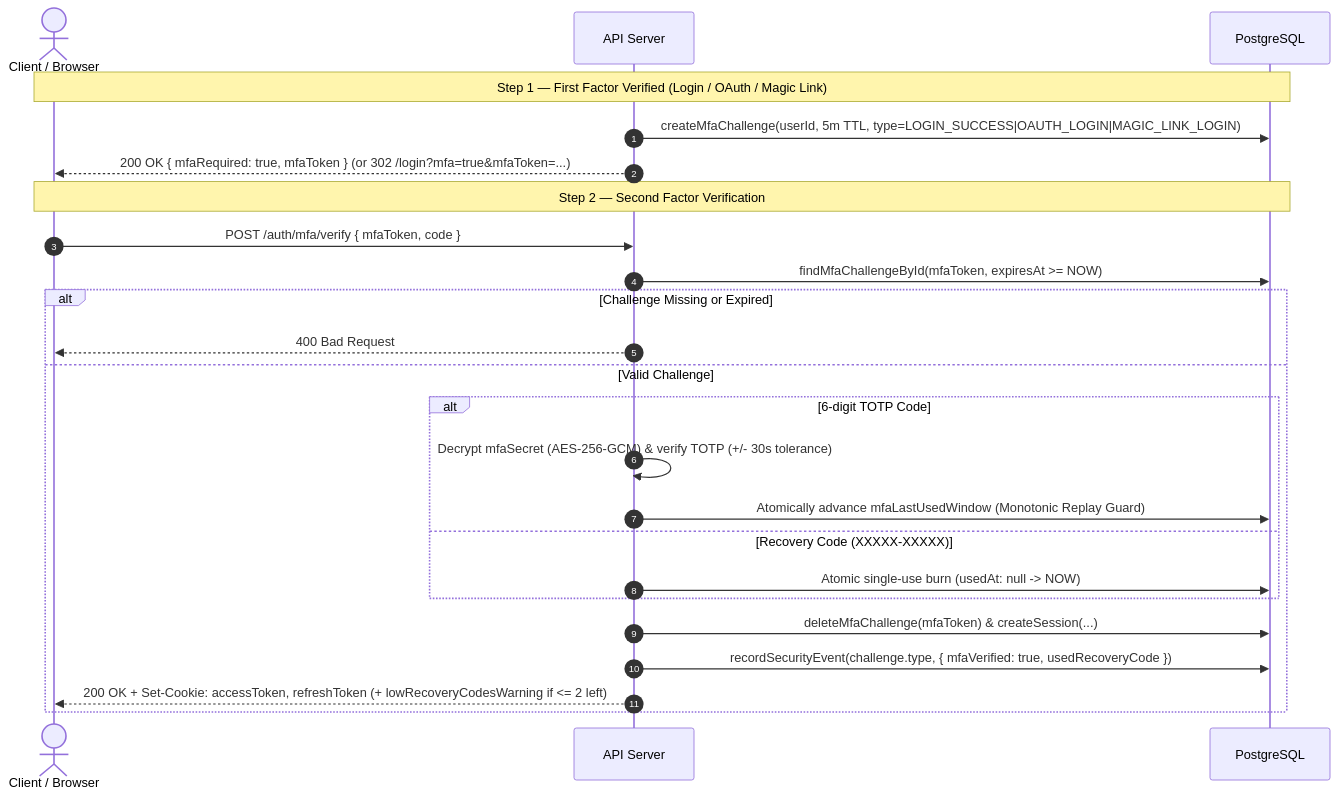
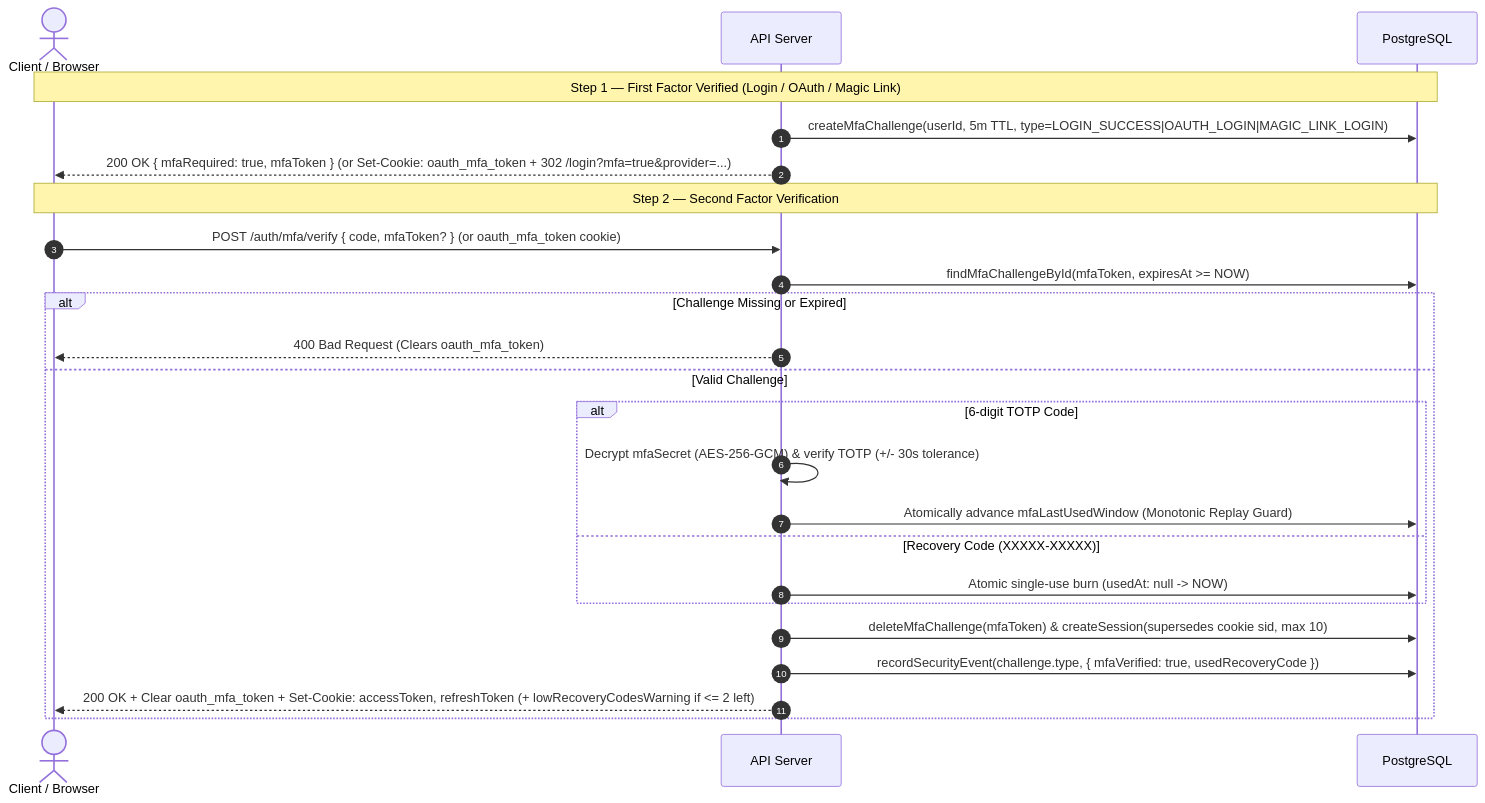
Before and after one commit to utkarshj014/authsphere: the fourth of 6 diagrams in docs/ARCHITECTURE.md, drawn with Mermaid. The commit also changed other lines of this file and 12 other files, not shown here.

````diff
--- a/docs/ARCHITECTURE.md
+++ b/docs/ARCHITECTURE.md
@@ -417,28 +420,28 @@
 ```mermaid
 sequenceDiagram
     autonumber
     actor Client as Client / Browser
     participant API as API Server
     participant DB as PostgreSQL
 
     Note over Client, DB: Step 1 — First Factor Verified (Login / OAuth / Magic Link)
     API->>DB: createMfaChallenge(userId, 5m TTL, type=LOGIN_SUCCESS|OAUTH_LOGIN|MAGIC_LINK_LOGIN)
-    API-->>Client: 200 OK { mfaRequired: true, mfaToken } (or 302 /login?mfa=true&mfaToken=...)
+    API-->>Client: 200 OK { mfaRequired: true, mfaToken } (or Set-Cookie: oauth_mfa_token + 302 /login?mfa=true&provider=...)
 
     Note over Client, DB: Step 2 — Second Factor Verification
-    Client->>API: POST /auth/mfa/verify { mfaToken, code }
+    Client->>API: POST /auth/mfa/verify { code, mfaToken? } (or oauth_mfa_token cookie)
     API->>DB: findMfaChallengeById(mfaToken, expiresAt >= NOW)
     alt Challenge Missing or Expired
-        API-->>Client: 400 Bad Request
+        API-->>Client: 400 Bad Request (Clears oauth_mfa_token)
     else Valid Challenge
         alt 6-digit TOTP Code
             API->>API: Decrypt mfaSecret (AES-256-GCM) & verify TOTP (+/- 30s tolerance)
             API->>DB: Atomically advance mfaLastUsedWindow (Monotonic Replay Guard)
         else Recovery Code (XXXXX-XXXXX)
             API->>DB: Atomic single-use burn (usedAt: null -> NOW)
         end
-        API->>DB: deleteMfaChallenge(mfaToken) & createSession(...)
+        API->>DB: deleteMfaChallenge(mfaToken) & createSession(supersedes cookie sid, max 10)
         API->>DB: recordSecurityEvent(challenge.type, { mfaVerified: true, usedRecoveryCode })
-        API-->>Client: 200 OK + Set-Cookie: accessToken, refreshToken (+ lowRecoveryCodesWarning if <= 2 left)
+        API-->>Client: 200 OK + Clear oauth_mfa_token + Set-Cookie: accessToken, refreshToken (+ lowRecoveryCodesWarning if <= 2 left)
     end
 ```
````
